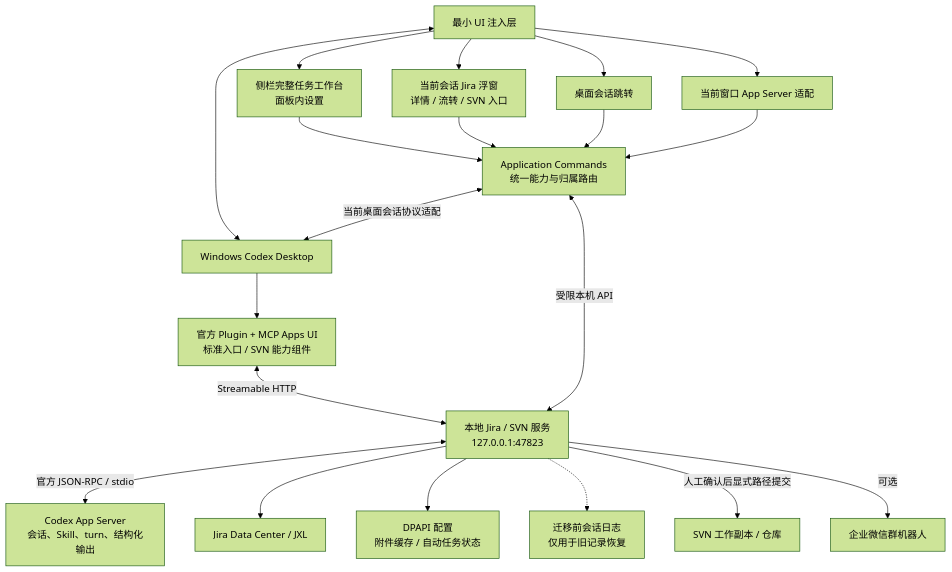
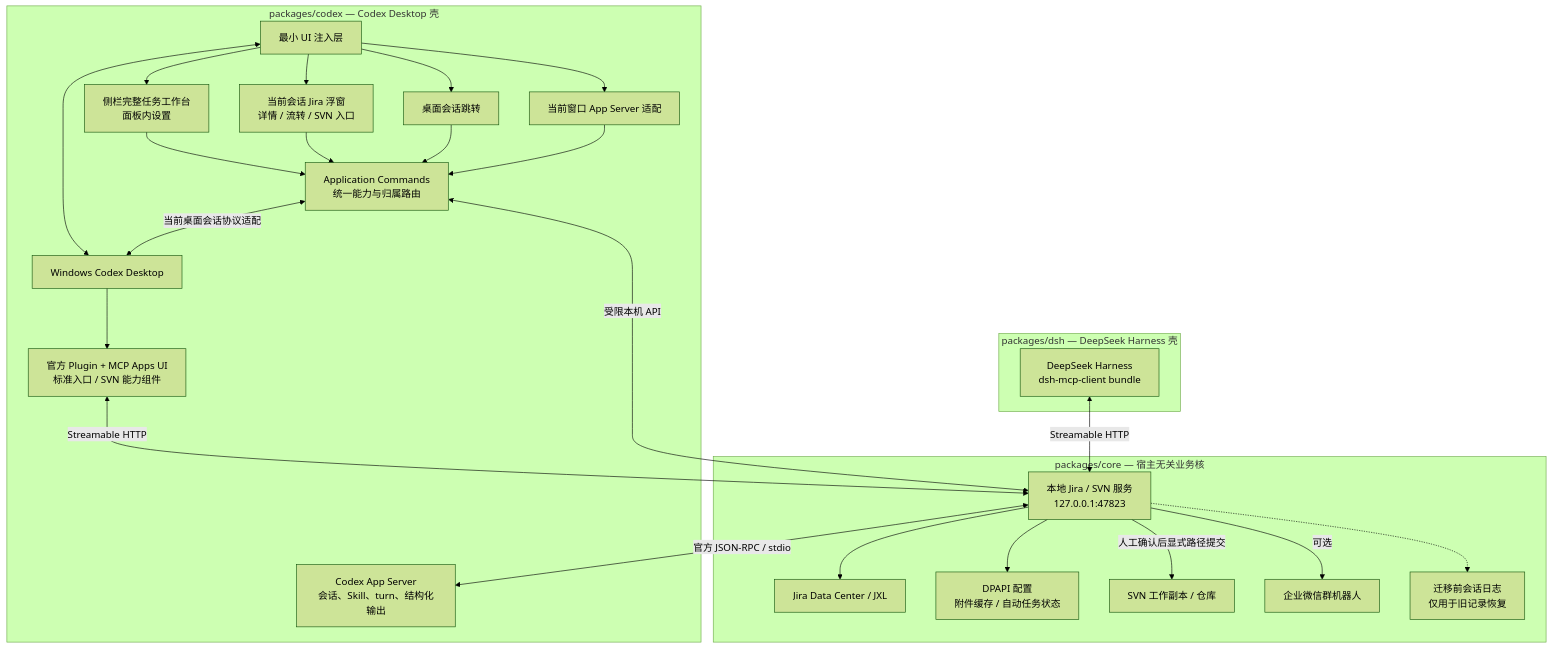
One commit to yzj555/jira-codex-panel-poc changed the diagram in README.md. Above: the diagram before and after it, drawn with Mermaid (forest theme). The commit also changed other lines of this file, not shown here.

```diff
--- a/README.md
+++ b/README.md
@@ -472,24 +488,33 @@
 ~~~mermaid
 flowchart TB
-    Codex["Windows Codex Desktop"] --> Plugin["官方 Plugin + MCP Apps UI<br/>标准入口 / SVN 能力组件"]
-    Plugin <-->|Streamable HTTP| Server["本地 Jira / SVN 服务<br/>127.0.0.1:47823"]
-    Server <-->|官方 JSON-RPC / stdio| AppServer["Codex App Server<br/>会话、Skill、turn、结构化输出"]
+    subgraph Core["packages/core — 宿主无关业务核"]
+        Server["本地 Jira / SVN 服务<br/>127.0.0.1:47823"]
+        Server --> Jira["Jira Data Center / JXL"]
+        Server --> UserData["DPAPI 配置<br/>附件缓存 / 自动任务状态"]
+        Server -->|人工确认后显式路径提交| SVN["SVN 工作副本 / 仓库"]
+        Server -->|可选| WeCom["企业微信群机器人"]
+        Server -.-> LegacySessions["迁移前会话日志<br/>仅用于旧记录恢复"]
+    end
 
-    Injector["最小 UI 注入层"] <--> Codex
-    Injector --> Sidebar["侧栏完整任务工作台<br/>面板内设置"]
-    Injector --> Float["当前会话 Jira 浮窗<br/>详情 / 流转 / SVN 入口"]
-    Injector --> Navigation["桌面会话跳转"]
-    Injector --> DesktopAdapter["当前窗口 App Server 适配"]
-    Sidebar --> Commands["Application Commands<br/>统一能力与归属路由"]
-    Float --> Commands
-    Navigation --> Commands
-    DesktopAdapter --> Commands
-    Commands <-->|受限本机 API| Server
-    Commands <-->|当前桌面会话协议适配| Codex
+    subgraph CodexShell["packages/codex — Codex Desktop 壳"]
+        Codex["Windows Codex Desktop"] --> Plugin["官方 Plugin + MCP Apps UI<br/>标准入口 / SVN 能力组件"]
+        Plugin <-->|Streamable HTTP| Server
+        Server <-->|官方 JSON-RPC / stdio| AppServer["Codex App Server<br/>会话、Skill、turn、结构化输出"]
+        Injector["最小 UI 注入层"] <--> Codex
+        Injector --> Sidebar["侧栏完整任务工作台<br/>面板内设置"]
+        Injector --> Float["当前会话 Jira 浮窗<br/>详情 / 流转 / SVN 入口"]
+        Injector --> Navigation["桌面会话跳转"]
+        Injector --> DesktopAdapter["当前窗口 App Server 适配"]
+        Sidebar --> Commands["Application Commands<br/>统一能力与归属路由"]
+        Float --> Commands
+        Navigation --> Commands
+        DesktopAdapter --> Commands
+        Commands <-->|受限本机 API| Server
+        Commands <-->|当前桌面会话协议适配| Codex
+    end
 
-    Server --> Jira["Jira Data Center / JXL"]
-    Server --> UserData["DPAPI 配置<br/>附件缓存 / 自动任务状态"]
-    Server -.-> LegacySessions["迁移前会话日志<br/>仅用于旧记录恢复"]
-    Server -->|人工确认后显式路径提交| SVN["SVN 工作副本 / 仓库"]
-    Server -->|可选| WeCom["企业微信群机器人"]
+    subgraph DSHShell["packages/dsh — DeepSeek Harness 壳"]
+        DSH["DeepSeek Harness<br/>dsh-mcp-client bundle"]
+        DSH <-->|Streamable HTTP| Server
+    end
 ~~~
```
